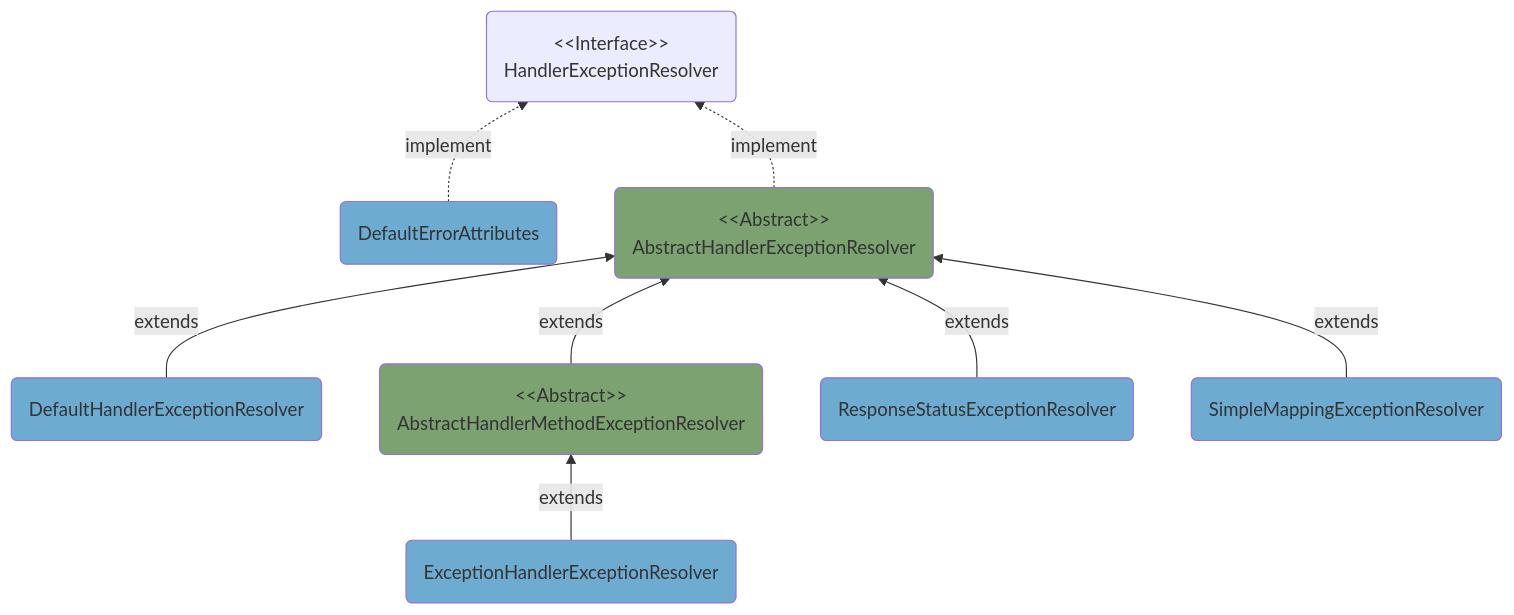
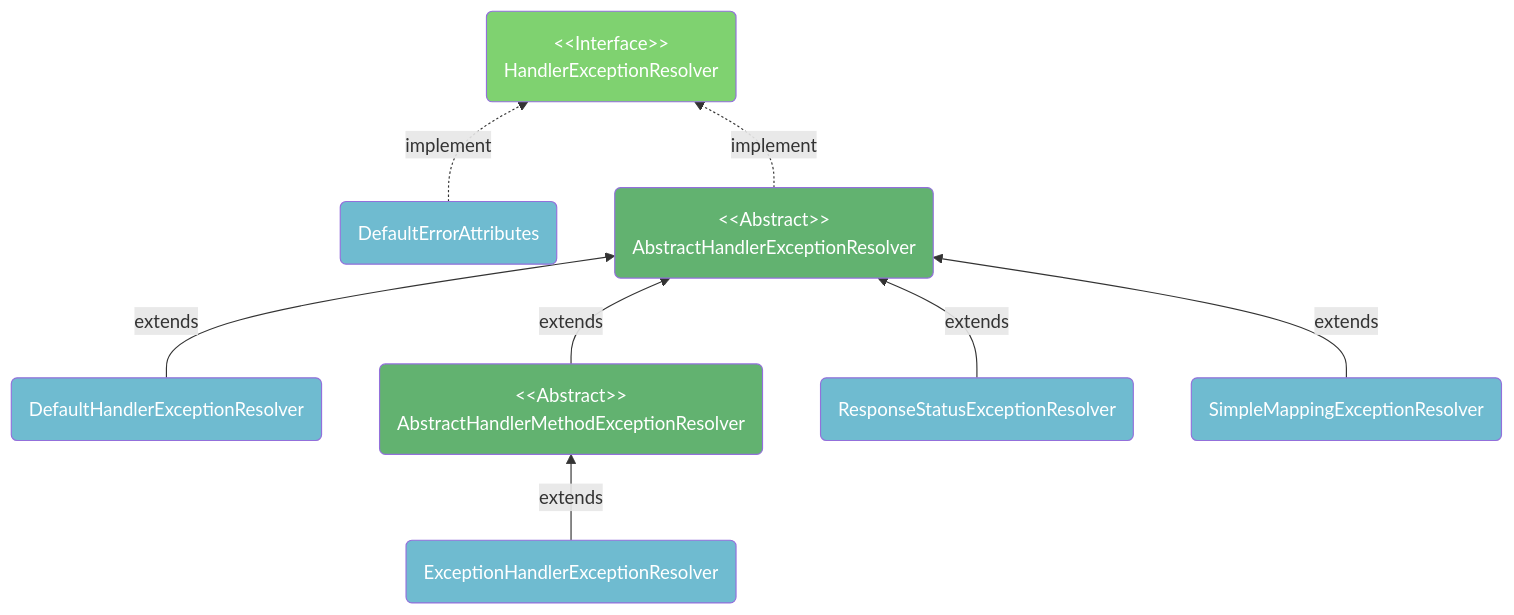
Diagram 34 of 42 in DevTech/Spring.md (domeniczz/learnJavaDev), drawn with Mermaid before and after one commit. The commit also changed other lines of this file and 6 other files, not shown here.

````diff
--- a/DevTech/Spring.md
+++ b/DevTech/Spring.md
@@ -9356,10 +9933,11 @@
 ```mermaid
 flowchart BT
-  A("DefaultErrorAttributes"):::sclass -."implement".-> I("&lt;&lt;Interface&gt;&gt;<br/>HandlerExceptionResolver")
+  A("DefaultErrorAttributes"):::sclass -."implement".-> I("&lt;&lt;Interface&gt;&gt;<br/>HandlerExceptionResolver"):::iclass
   E("DefaultHandlerExceptionResolver"):::sclass --"extends"--> B("&lt;&lt;Abstract&gt;&gt;<br/>AbstractHandlerExceptionResolver"):::aclass
   D("ExceptionHandlerExceptionResolver"):::sclass --"extends"--> C("&lt;&lt;Abstract&gt;&gt;<br/>AbstractHandlerMethodExceptionResolver"):::aclass --"extends"--> B -."implement".-> I
   F("ResponseStatusExceptionResolver"):::sclass --"extends"--> B
   G("SimpleMappingExceptionResolver"):::sclass --"extends"--> B
-  classDef sclass fill:#6eabd0;
-  classDef aclass fill:#7BA270;
+  classDef sclass fill:#6FBBD0,color:white;
+  classDef iclass fill:#7FD270,color:white;
+  classDef aclass fill:#62B270,color:white;
 ```
````
